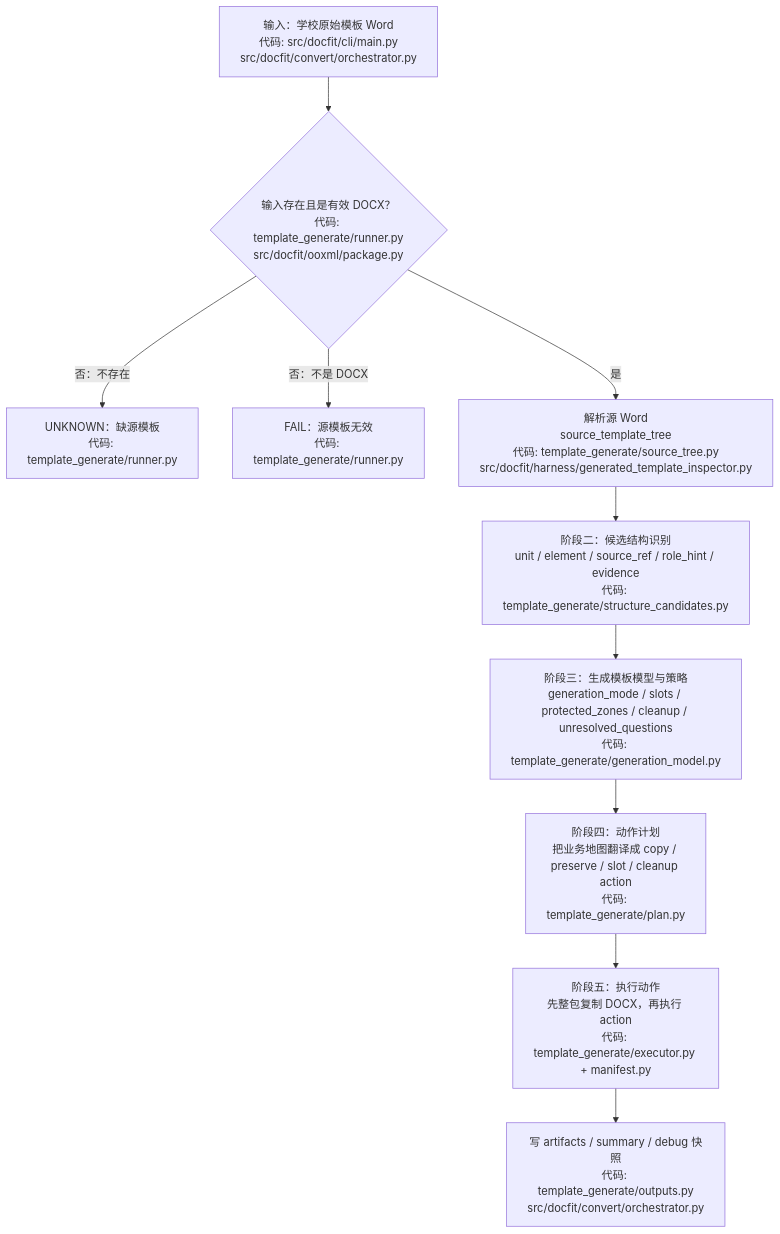
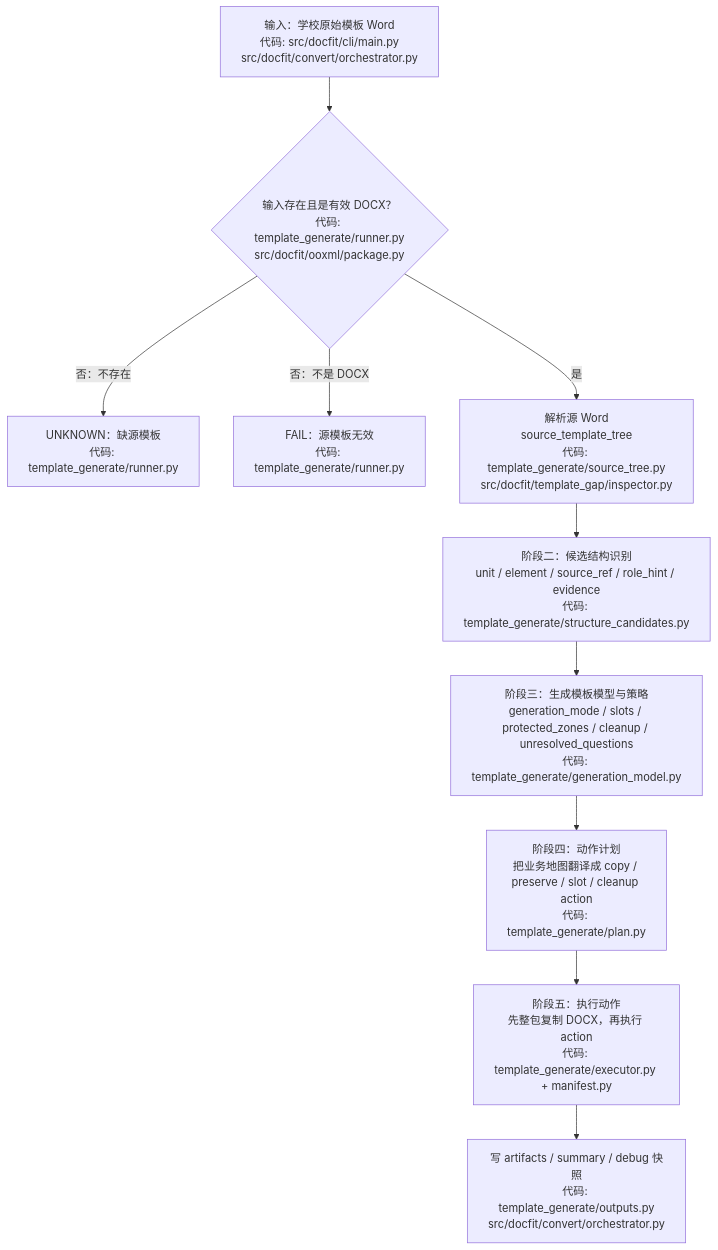
The first of 2 diagrams in docs/plans/template-generation-flow-optimization.md (bamao88/docfit_v3), drawn with Mermaid before and after one commit. The commit also changed other lines of this file and 224 other files, not shown here.

````diff
--- a/docs/plans/template-generation-flow-optimization.md
+++ b/docs/plans/template-generation-flow-optimization.md
@@ -426,12 +426,12 @@
 ```mermaid
 flowchart TD
   A["输入：学校原始模板 Word<br/>代码: src/docfit/cli/main.py<br/>src/docfit/convert/orchestrator.py"] --> B{"输入存在且是有效 DOCX？<br/>代码: template_generate/runner.py<br/>src/docfit/ooxml/package.py"}
   B -->|否：不存在| U["UNKNOWN：缺源模板<br/>代码: template_generate/runner.py"]
   B -->|否：不是 DOCX| V["FAIL：源模板无效<br/>代码: template_generate/runner.py"]
-  B -->|是| C["解析源 Word<br/>source_template_tree<br/>代码: template_generate/source_tree.py<br/>src/docfit/harness/generated_template_inspector.py"]
+  B -->|是| C["解析源 Word<br/>source_template_tree<br/>代码: template_generate/source_tree.py<br/>src/docfit/template_gap/inspector.py"]
   C --> D["阶段二：候选结构识别<br/>unit / element / source_ref / role_hint / evidence<br/>代码: template_generate/structure_candidates.py"]
   D --> E["阶段三：生成模板模型与策略<br/>generation_mode / slots / protected_zones / cleanup / unresolved_questions<br/>代码: template_generate/generation_model.py"]
   E --> F["阶段四：动作计划<br/>把业务地图翻译成 copy / preserve / slot / cleanup action<br/>代码: template_generate/plan.py"]
   F --> G["阶段五：执行动作<br/>先整包复制 DOCX，再执行 action<br/>代码: template_generate/executor.py + manifest.py"]
   G --> H["写 artifacts / summary / debug 快照<br/>代码: template_generate/outputs.py<br/>src/docfit/convert/orchestrator.py"]
 ```
````
